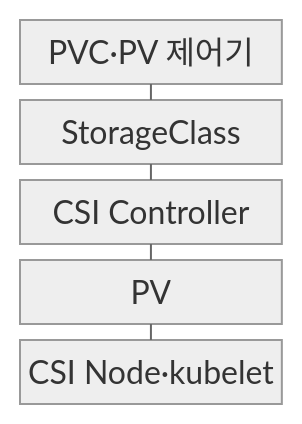
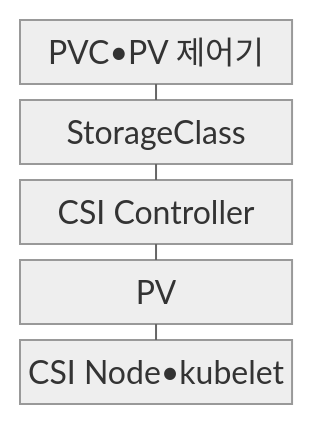
The first of 2 diagrams in src/content/docs/notes/03-software/157_kubernetes_storage.md (agnusdei1207/knowledge-base), drawn with Mermaid (neutral theme) before and after one commit. The commit also changed other lines of this file and 953 other files, not shown here.

````diff
--- a/src/content/docs/notes/03-software/157_kubernetes_storage.md
+++ b/src/content/docs/notes/03-software/157_kubernetes_storage.md
@@ -66,13 +66,13 @@
 ```mermaid
 block
     columns 1
-    A["PVC·PV 제어기"]
+    A["PVC•PV 제어기"]
     B["StorageClass"]
     C["CSI Controller"]
     D["PV"]
-    E["CSI Node·kubelet"]
+    E["CSI Node•kubelet"]
     A --- B
     B --- C
     C --- D
     D --- E
 ```
````
